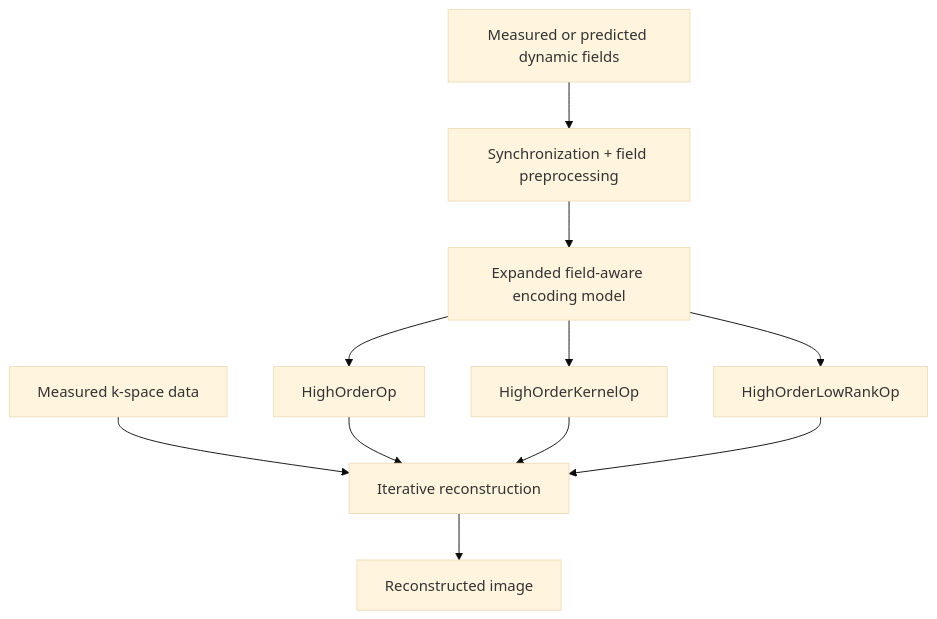
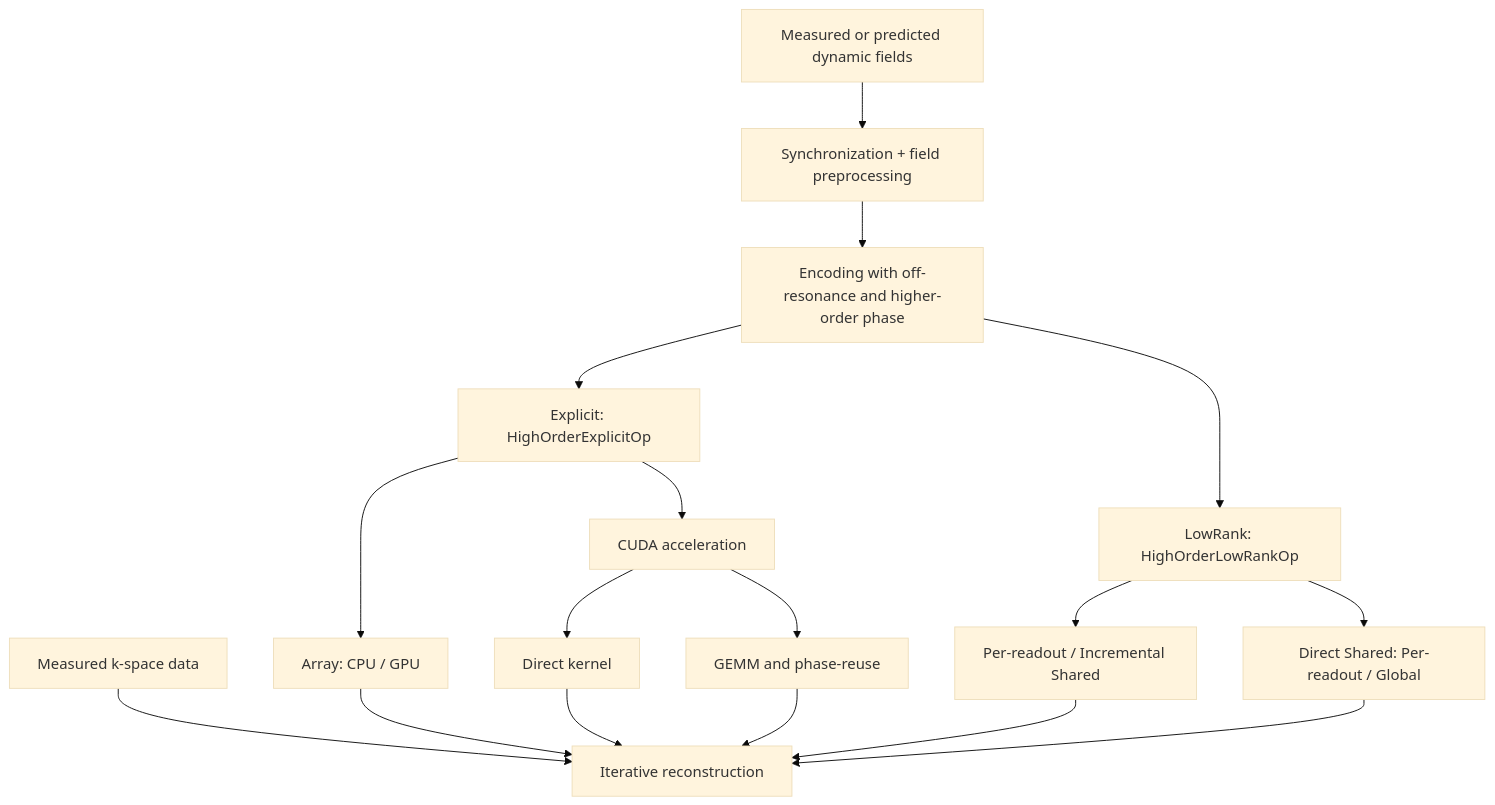
Before and after one commit to BennyZhang-Codes/HighOrderMRI.jl: the diagram in docs/src/concepts-overview.md, drawn with Mermaid (base theme). The commit also changed other lines of this file and 84 other files, not shown here.

First line of the commit message:
refactor!: unify Explicit and LowRank operator interfaces

````diff
--- a/docs/src/concepts-overview.md
+++ b/docs/src/concepts-overview.md
@@ -5,15 +10,20 @@
 ```mermaid
 flowchart TD
     A["Measured k-space data"] --> G["Iterative reconstruction"]
     B["Measured or predicted dynamic fields"] --> C["Synchronization + field preprocessing"]
-    C --> D["Expanded field-aware encoding model"]
+    C --> D["Encoding with off-resonance and higher-order phase"]
 
-    D --> E1["HighOrderOp"]
-    D --> E2["HighOrderKernelOp"]
-    D --> E3["HighOrderLowRankOp"]
-
-    E1 --> G
-    E2 --> G
-    E3 --> G
-    G --> H["Reconstructed image"]
+    D --> E1["Explicit: HighOrderExplicitOp"]
+    D --> E2["LowRank: HighOrderLowRankOp"]
+    E1 --> A1["Array: CPU / GPU"]
+    E1 --> A4["CUDA acceleration"]
+    A4 --> A5["Direct kernel"]
+    A4 --> A6["GEMM and phase-reuse"]
+    E2 --> A2["Per-readout / Incremental Shared"]
+    E2 --> A3["Direct Shared: Per-readout / Global"]
+    A1 --> G
+    A5 --> G
+    A6 --> G
+    A2 --> G
+    A3 --> G
 ```
````
